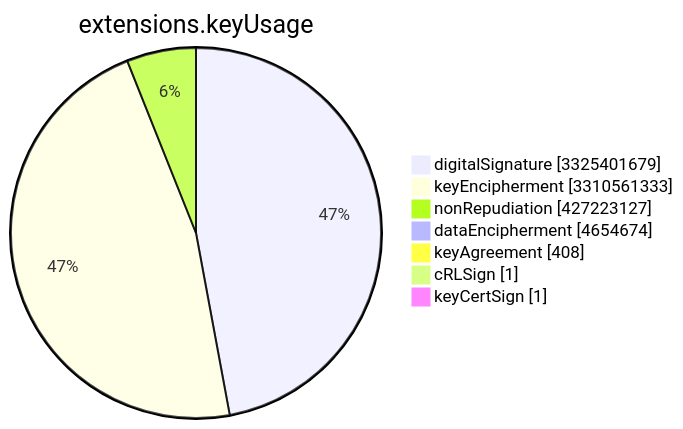
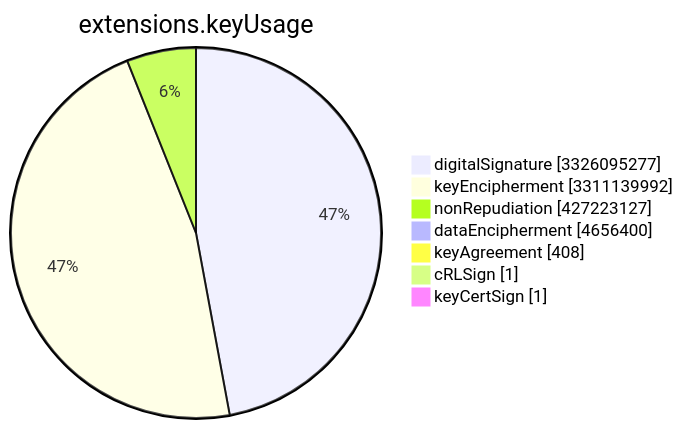
One commit to christiankrug/ctmonitor_visualization changed the sixth of 15 diagrams in TOTAL/README.md. Above: the diagram before and after it, drawn with Mermaid. The commit also changed other lines of this file, not shown here.

````diff
--- a/TOTAL/README.md
+++ b/TOTAL/README.md
@@ -3078,11 +3078,11 @@
 ```mermaid
 pie showData
 title extensions.keyUsage
-"digitalSignature" :3325401679
-"keyEncipherment" :3310561333
+"digitalSignature" :3326095277
+"keyEncipherment" :3311139992
 "nonRepudiation" :427223127
-"dataEncipherment" :4654674
+"dataEncipherment" :4656400
 "keyAgreement" :408
 "cRLSign" :1
 "keyCertSign" :1
 ```
````
